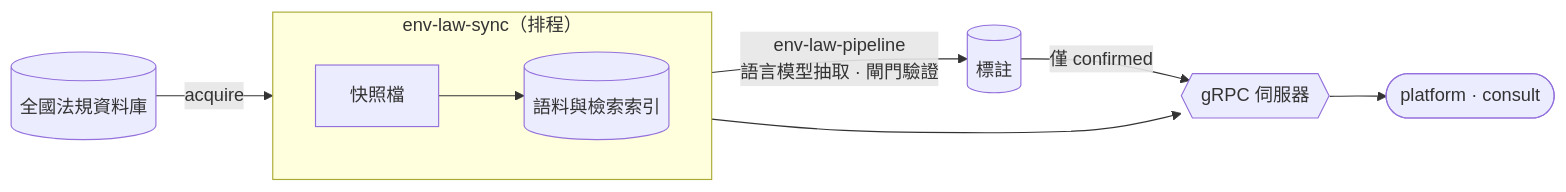
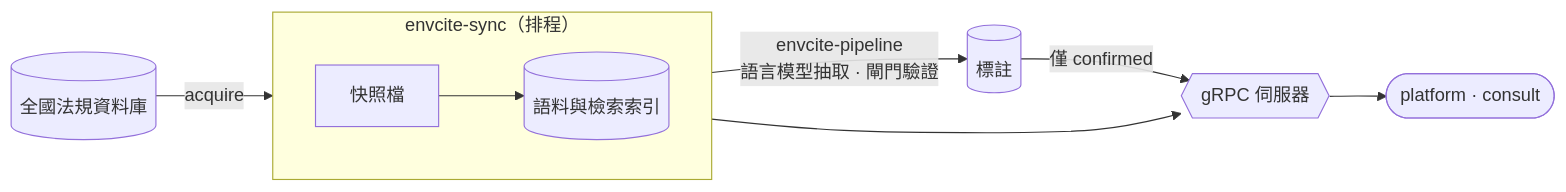
The diagram in services/ontology/README.md (elihu0211/envcite), drawn with Mermaid before and after one commit. The commit also changed other lines of this file and 731 other files, not shown here.

````diff
--- a/services/ontology/README.md
+++ b/services/ontology/README.md
@@ -16,13 +16,13 @@
 ```mermaid
 flowchart LR
     src[(全國法規資料庫)]
-    subgraph sync["env-law-sync（排程）"]
+    subgraph sync["envcite-sync（排程）"]
         direction LR
         snap[快照檔] --> corpus[(語料與檢索索引)]
     end
     src -->|acquire| snap
-    corpus -->|"env-law-pipeline<br/>語言模型抽取 · 閘門驗證"| ann[(標註)]
+    corpus -->|"envcite-pipeline<br/>語言模型抽取 · 閘門驗證"| ann[(標註)]
     corpus --> api{{gRPC 伺服器}}
     ann -->|僅 confirmed| api
     api --> callers([platform · consult])
 ```
````
